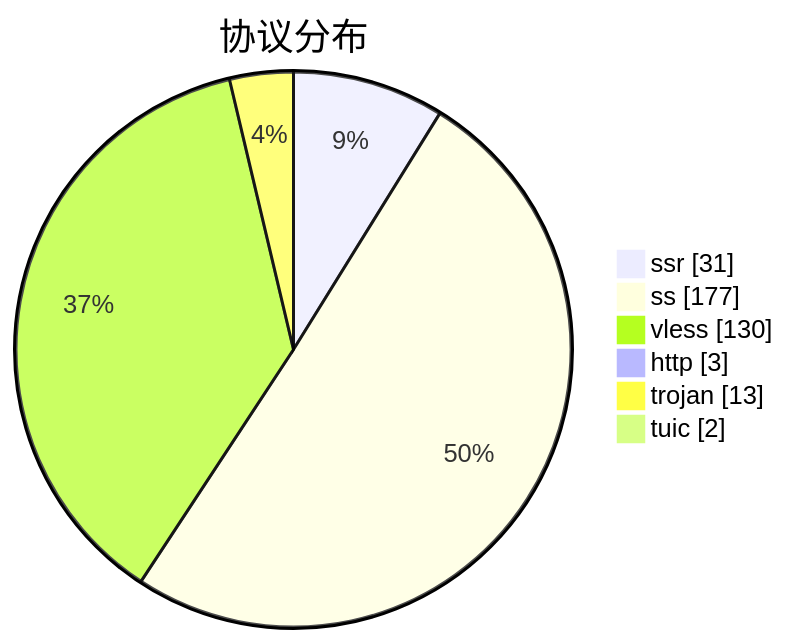
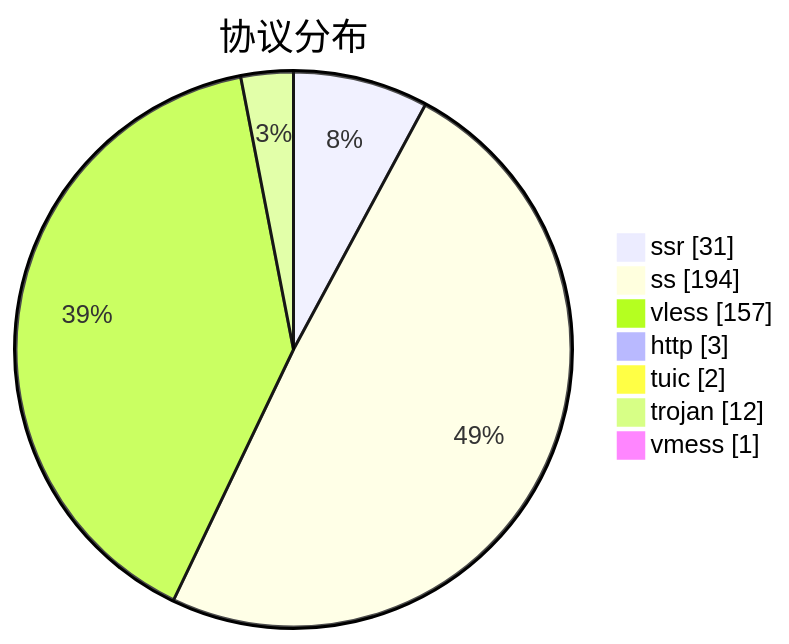
Before and after one commit to qjlxg/airport: the third of 3 diagrams in subs/statistics/tested_within.md, drawn with Mermaid. The commit also changed other lines of this file and 2 other files, not shown here.

````diff
--- a/subs/statistics/tested_within.md
+++ b/subs/statistics/tested_within.md
@@ -31,10 +33,11 @@
 ```mermaid
 pie showData
 title 协议分布
 "ssr" : 31
-"ss" : 177
-"vless" : 130
+"ss" : 194
+"vless" : 157
 "http" : 3
-"trojan" : 13
 "tuic" : 2
+"trojan" : 12
+"vmess" : 1
 ```
````
